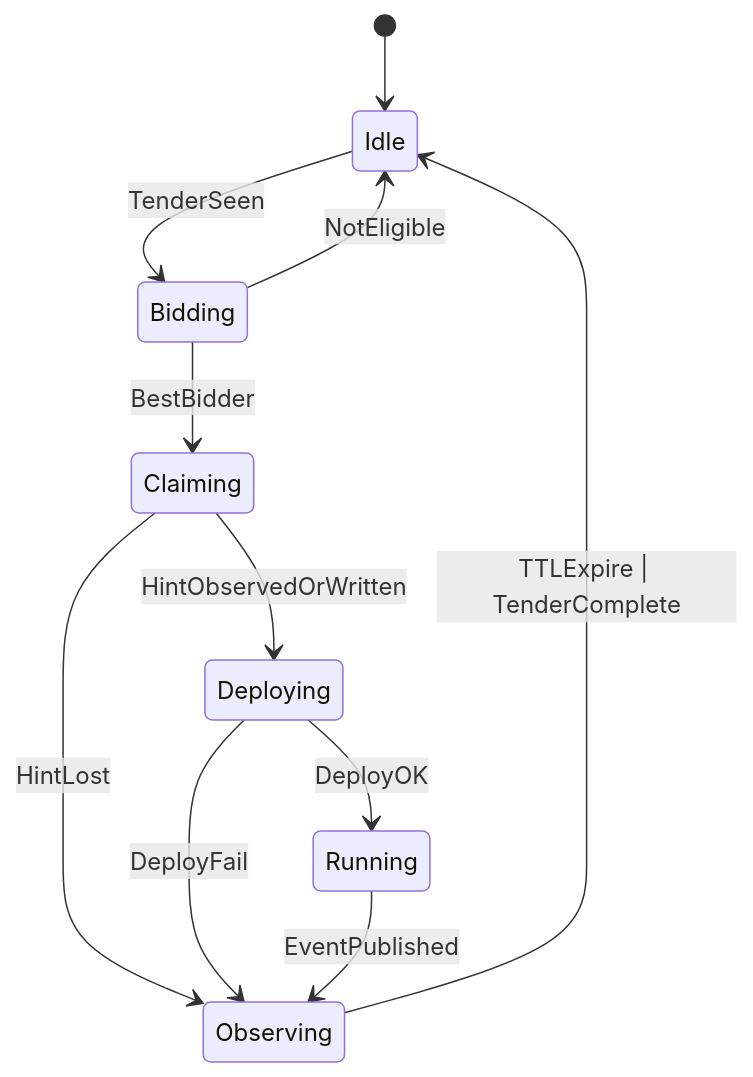
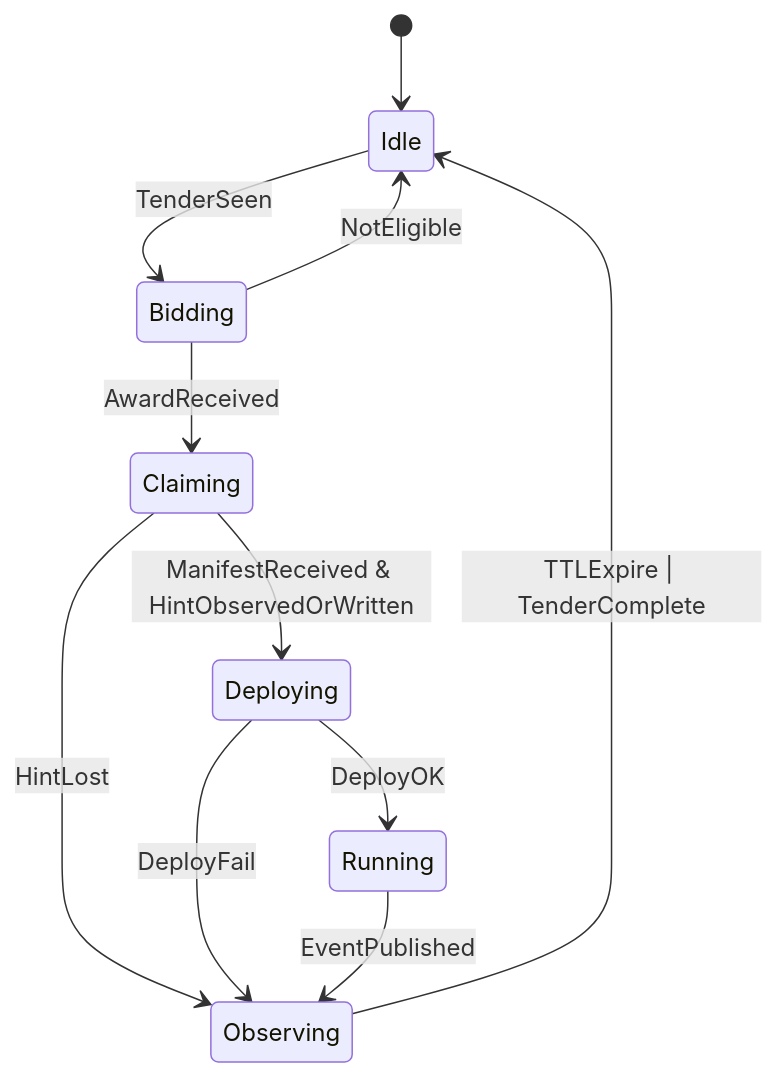
One commit to beemesh/beemesh changed the second of 3 diagrams in machineplane/machineplane-spec.md. Above: the diagram before and after it, drawn with Mermaid. The commit also changed other lines of this file and 2 other files, not shown here.

````diff
--- a/machineplane/machineplane-spec.md
+++ b/machineplane/machineplane-spec.md
@@ -96,13 +92,13 @@
 ```mermaid
 stateDiagram-v2
   [*] --> Idle
   Idle --> Bidding: TenderSeen
   Bidding --> Idle: NotEligible
-  Bidding --> Claiming: BestBidder
-  Claiming --> Deploying: HintObservedOrWritten
+  Bidding --> Claiming: AwardReceived
+  Claiming --> Deploying: ManifestReceived & HintObservedOrWritten
   Claiming --> Observing: HintLost
   Deploying --> Running: DeployOK
   Deploying --> Observing: DeployFail
   Running --> Observing: EventPublished
   Observing --> Idle: TTLExpire | TenderComplete
 ```
````
